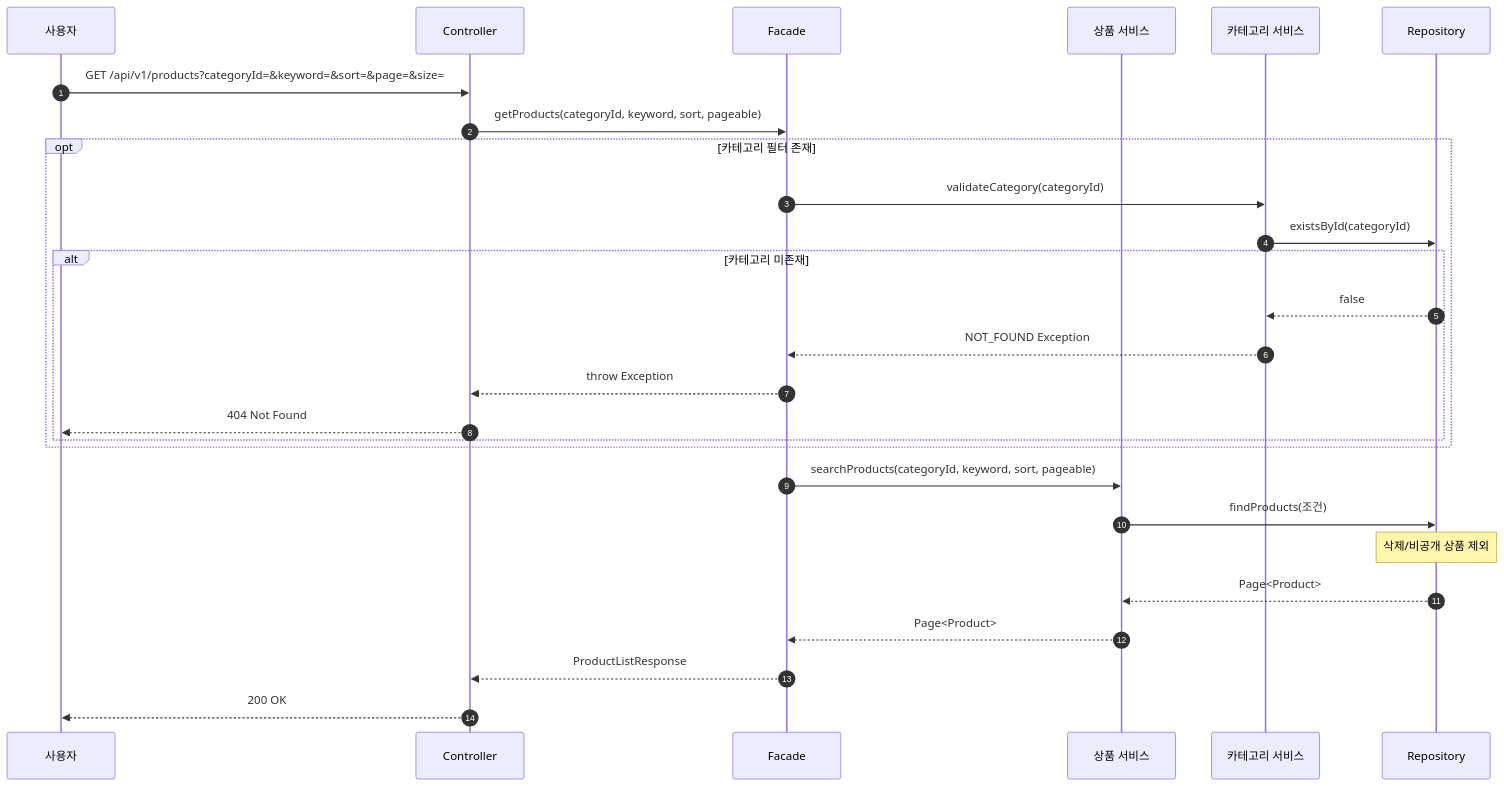
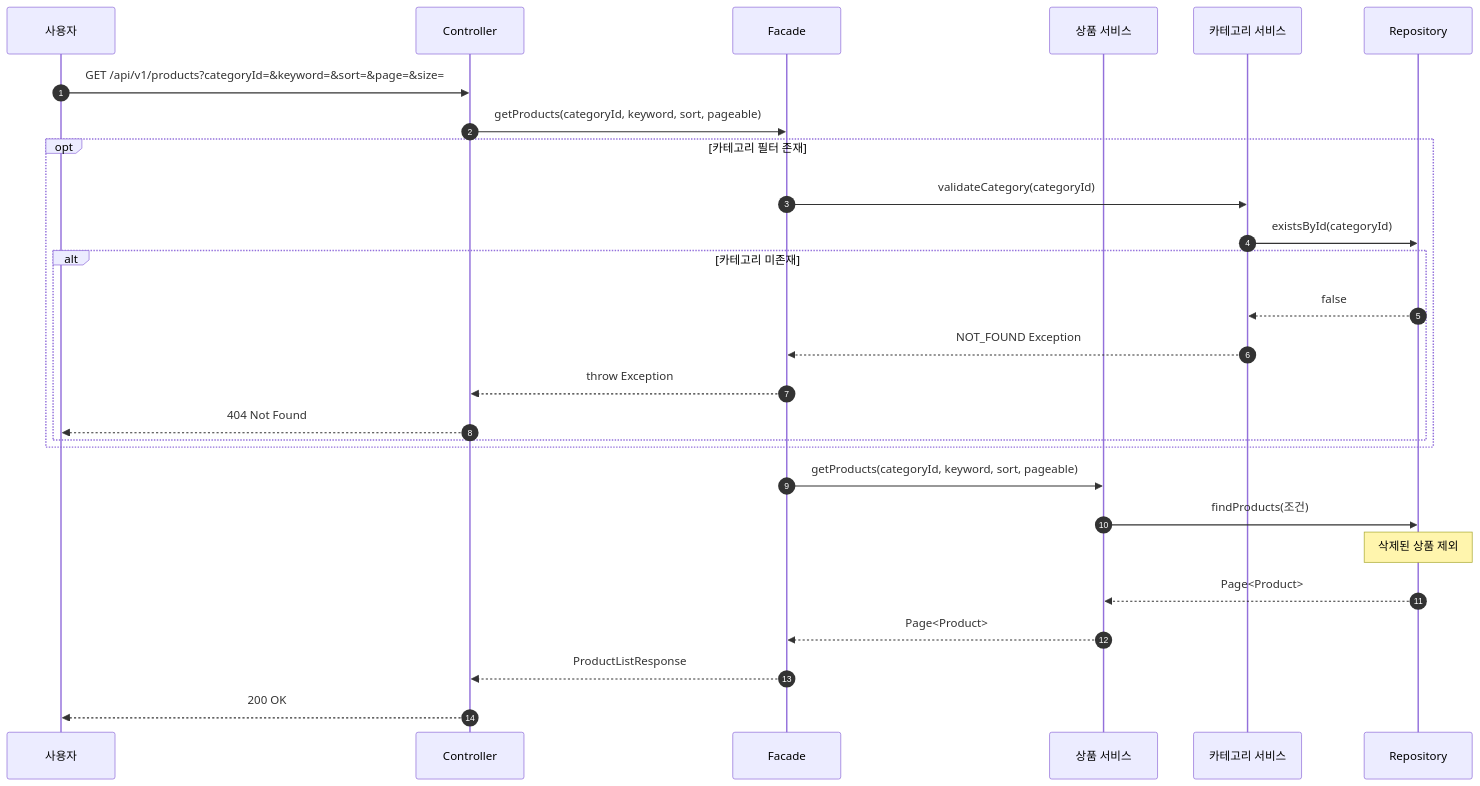
One commit to letter333/loop-pack-be-l2-vol3-java changed the second of 16 diagrams in docs/design/02-sequence-diagram.md. Above: the diagram before and after it, drawn with Mermaid. The commit also changed other lines of this file and 3 other files, not shown here.

````diff
--- a/docs/design/02-sequence-diagram.md
+++ b/docs/design/02-sequence-diagram.md
@@ -50,33 +41,33 @@
 ```mermaid
 sequenceDiagram
     autonumber
     participant Client as 사용자
     participant Controller
     participant Facade
     participant ProductService as 상품 서비스
     participant CategoryService as 카테고리 서비스
     participant Repository
 
     Client->>Controller: GET /api/v1/products?categoryId=&keyword=&sort=&page=&size=
     Controller->>Facade: getProducts(categoryId, keyword, sort, pageable)
 
     opt 카테고리 필터 존재
         Facade->>CategoryService: validateCategory(categoryId)
         CategoryService->>Repository: existsById(categoryId)
 
         alt 카테고리 미존재
             Repository-->>CategoryService: false
             CategoryService-->>Facade: NOT_FOUND Exception
             Facade-->>Controller: throw Exception
             Controller-->>Client: 404 Not Found
         end
     end
 
-    Facade->>ProductService: searchProducts(categoryId, keyword, sort, pageable)
+    Facade->>ProductService: getProducts(categoryId, keyword, sort, pageable)
     ProductService->>Repository: findProducts(조건)
-    Note over Repository: 삭제/비공개 상품 제외
+    Note over Repository: 삭제된 상품 제외
     Repository-->>ProductService: Page<Product>
     ProductService-->>Facade: Page<Product>
     Facade-->>Controller: ProductListResponse
     Controller-->>Client: 200 OK
 ```
````
